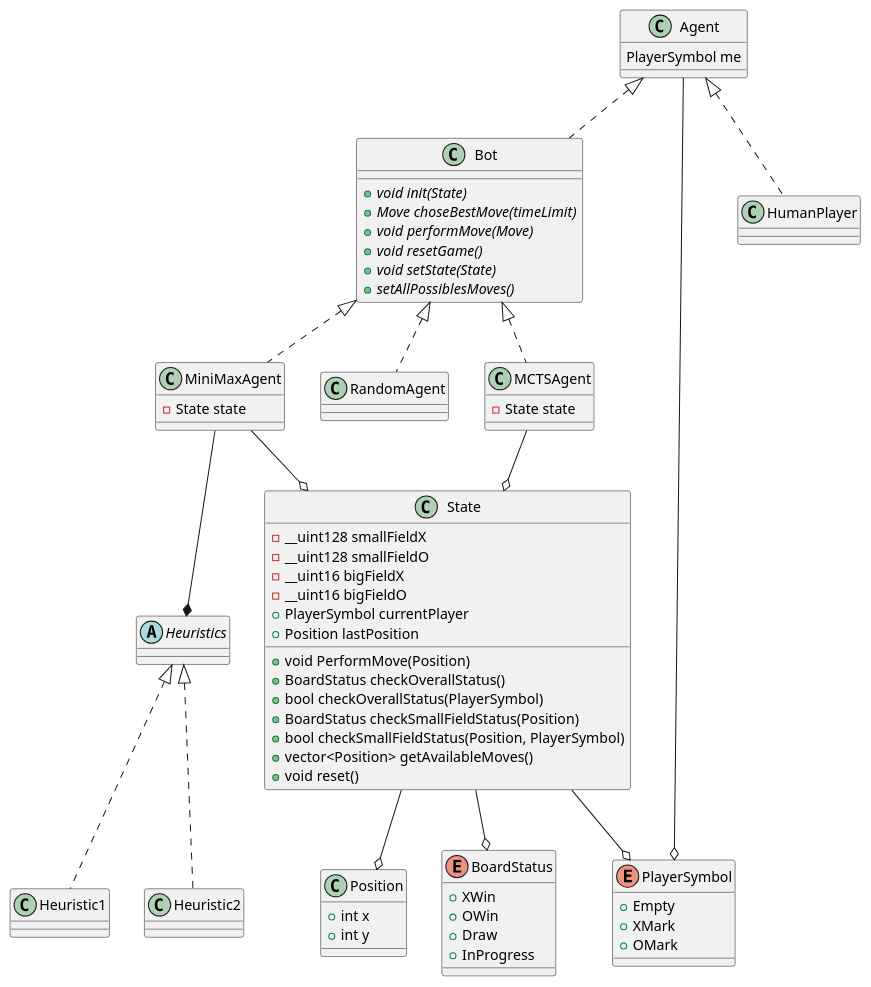
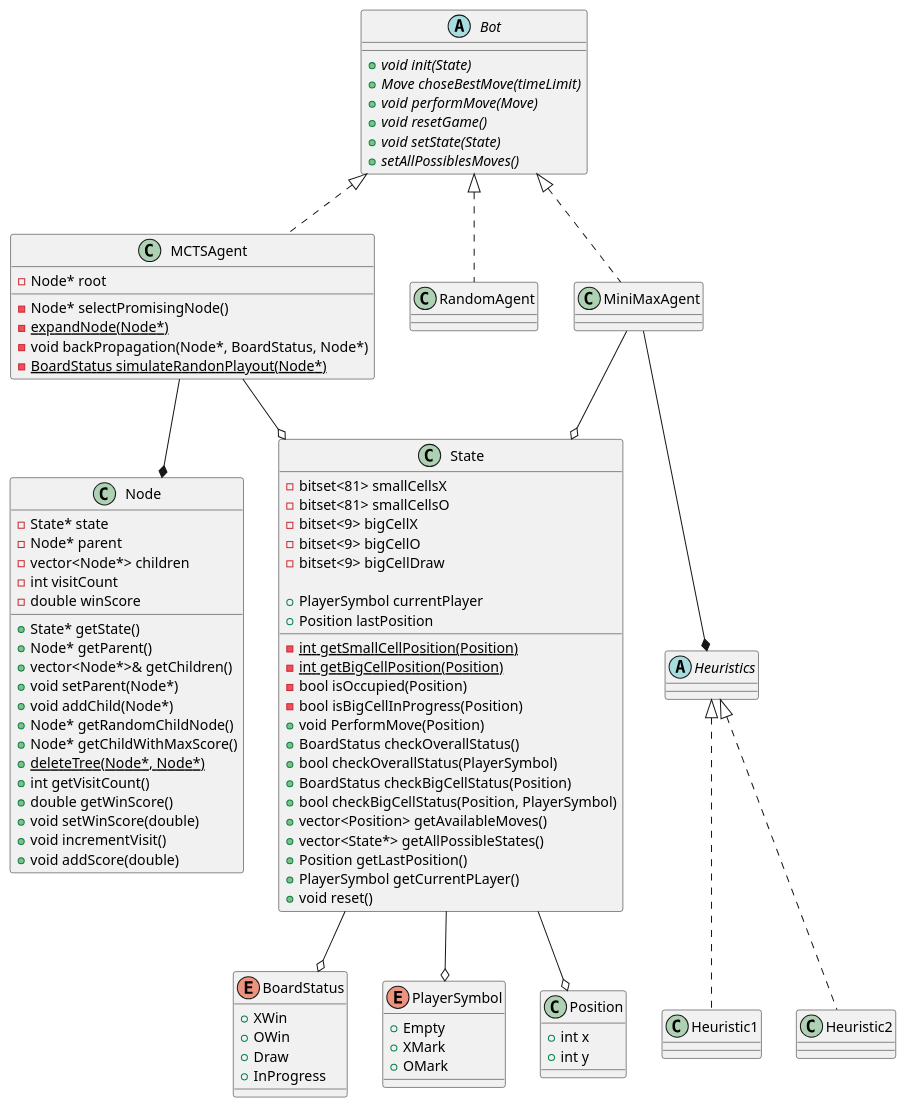
One commit to GlebNM/TicTacToe changed the diagram in classes.puml. Above: the diagram before and after it, drawn with PlantUML. The commit also changed 1 other file, not shown here.

Commit message:
Change UML diagram. Add project description in README

```diff
--- a/classes.puml
+++ b/classes.puml
@@ -1,97 +1,115 @@
 @startuml classes
 
 abstract Bot {
     {abstract} +void init(State)
     {abstract} +Move choseBestMove(timeLimit)
     {abstract} +void performMove(Move)
     {abstract} +void resetGame()
     {abstract} +void setState(State)
     {abstract} +setAllPossiblesMoves()
 }
 
 enum BoardStatus {
     + XWin
     + OWin
     + Draw
     + InProgress
 }
 
 enum PlayerSymbol {
     + Empty
     + XMark
     + OMark
 }
 
 class Position {
     + int x
     + int y
 }
 
-class Agent {
-    PlayerSymbol me
+class MCTSAgent {
+    -Node* root
+    -Node* selectPromisingNode()
+    -{static} expandNode(Node*)
+    -void backPropagation(Node*, BoardStatus, Node*)
+    -{static} BoardStatus simulateRandonPlayout(Node*)
 }
 
-Agent --o PlayerSymbol
-
-class HumanPlayer {
-
-}
-
-class HumanPlayer implements Agent
-class Bot implements Agent
-
-class MCTSAgent {
-    -State state
-}
-
-class MiniMaxAgent {
-    -State state
-}
+MCTSAgent --* Node
 
 abstract Heuristics {
     
 }
 
 class Heuristic1 {
 
 }
 
 class Heuristic2 {
 
 }
 
 class State {
-    - __uint128 smallFieldX
-    - __uint128 smallFieldO
-    - __uint16 bigFieldX
-    - __uint16 bigFieldO
+    - bitset<81> smallCellsX
+    - bitset<81> smallCellsO
+    - bitset<9> bigCellX
+    - bitset<9> bigCellO
+    - bitset<9> bigCellDraw
+    - {static} int getSmallCellPosition(Position)
+    - {static} int getBigCellPosition(Position)
+    - bool isOccupied(Position)
+    - bool isBigCellInProgress(Position)
+
     + PlayerSymbol currentPlayer
     + Position lastPosition
     + void PerformMove(Position)
     + BoardStatus checkOverallStatus()
     + bool checkOverallStatus(PlayerSymbol)
-    + BoardStatus checkSmallFieldStatus(Position)
-    + bool checkSmallFieldStatus(Position, PlayerSymbol)
+    + BoardStatus checkBigCellStatus(Position)
+    + bool checkBigCellStatus(Position, PlayerSymbol)
     + vector<Position> getAvailableMoves()
+    + vector<State*> getAllPossibleStates()
+    + Position getLastPosition()
+    + PlayerSymbol getCurrentPLayer()
     + void reset()
 }
+class Node {
+    -State* state
+    -Node* parent
+    -vector<Node*> children
+    -int visitCount
+    -double winScore
 
+    +State* getState()
+    +Node* getParent()
+    +vector<Node*>& getChildren()
+    +void setParent(Node*)
+    +void addChild(Node*)
+    +Node* getRandomChildNode()
+    +Node* getChildWithMaxScore()
+    +{static} deleteTree(Node*, Node*)
+    +int getVisitCount()
+    +double getWinScore()
+    +void setWinScore(double)
+    +void incrementVisit()
+    +void addScore(double)
+}
 State --o PlayerSymbol
 State --o Position
 State --o BoardStatus
 class RandomAgent {
     
 }
 
 MiniMaxAgent --o State
 MCTSAgent --o State
 MiniMaxAgent --* Heuristics
 
 class MCTSAgent implements Bot
 class MiniMaxAgent implements Bot
 class RandomAgent implements Bot
 
 class Heuristic1 implements Heuristics
 class Heuristic2 implements Heuristics
 
 @enduml
```
